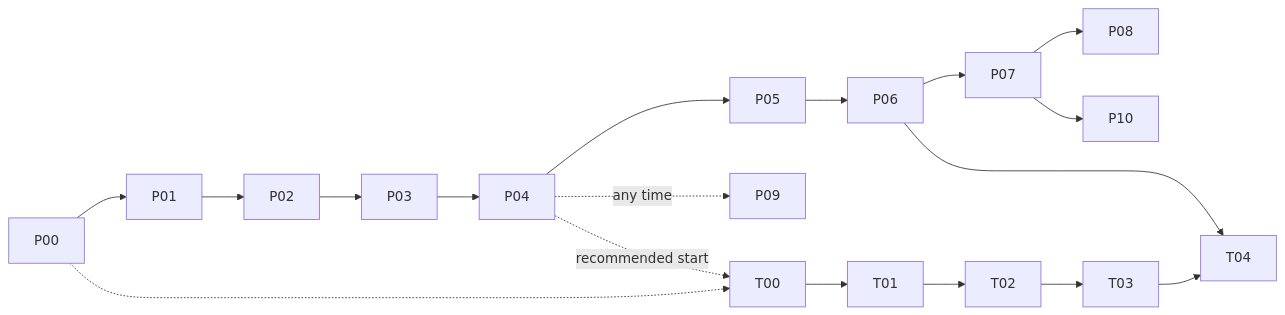
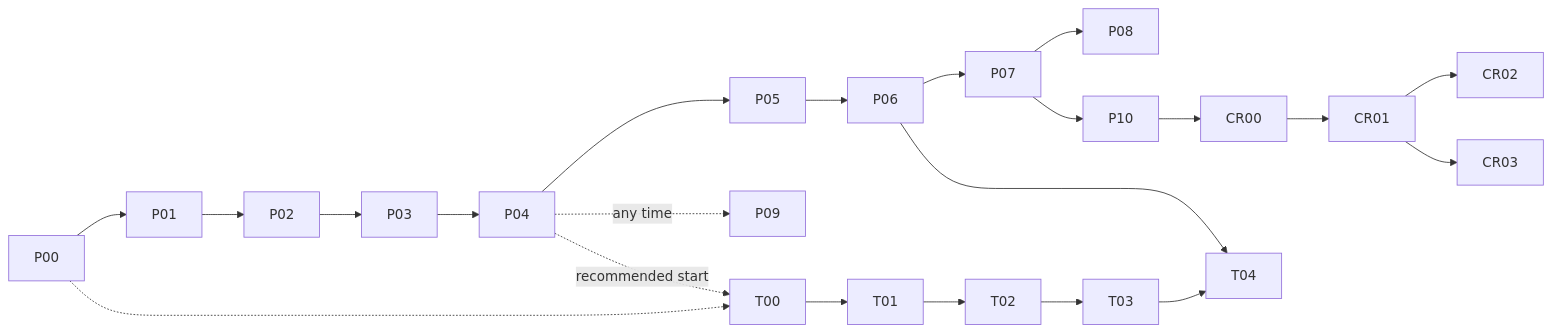
Before and after one commit to RishiJain905/NFL-ML-AI: the diagram in documentation/plans/README.md, drawn with Mermaid. The commit also changed other lines of this file and 20 other files, not shown here.

````diff
--- a/documentation/plans/README.md
+++ b/documentation/plans/README.md
@@ -29,10 +34,12 @@
 ```mermaid
 flowchart LR
     P00 --> P01 --> P02 --> P03 --> P04 --> P05 --> P06 --> P07 --> P08
     P04 -.any time.-> P09
     P07 --> P10
+    P10 --> CR00 --> CR01 --> CR02
+    CR01 --> CR03
     P00 -.-> T00
     P04 -.recommended start.-> T00
     T00 --> T01 --> T02 --> T03 --> T04
     P06 --> T04
 ```
````
